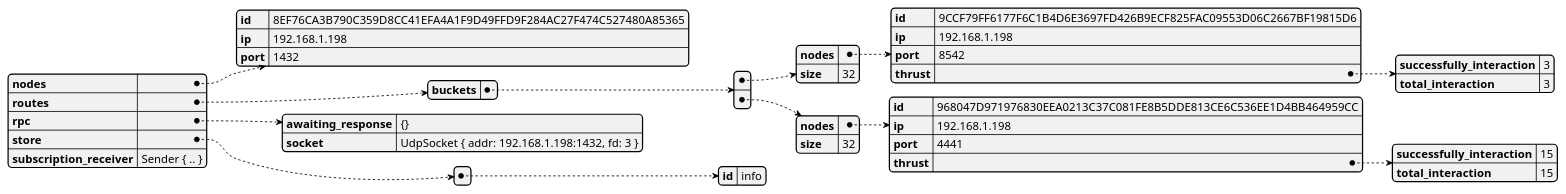
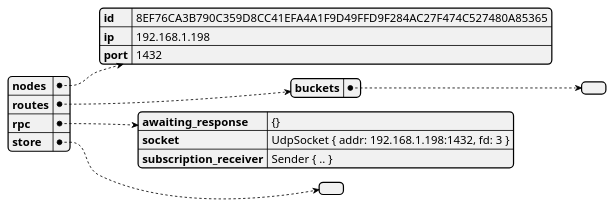
One commit to GoliathHagar/distributed_legder_kademlia changed the diagram in src/distributed_legder/state_dumps/self.json.plantuml. Above: the diagram before and after it, drawn with PlantUML. The commit also changed 9 other files, not shown here.

```diff
--- a/src/distributed_legder/state_dumps/self.json.plantuml
+++ b/src/distributed_legder/state_dumps/self.json.plantuml
@@ -1,3 +1,3 @@
 @startjson
-{"nodes":{"id":"8EF76CA3B790C359D8CC41EFA4A1F9D49FFD9F284AC27F474C527480A85365","ip":"192.168.1.198","port":1432},"routes":{"buckets":[{"nodes":{"id":"9CCF79FF6177F6C1B4D6E3697FD426B9ECF825FAC09553D06C2667BF19815D6","ip":"192.168.1.198","port":8542,"thrust":{"successfully_interaction":3,"total_interaction":3}},"size":32},{"nodes":{"id":"968047D971976830EEA0213C37C081FE8B5DDE813CE6C536EE1D4BB464959CC","ip":"192.168.1.198","port":4441,"thrust":{"successfully_interaction":15,"total_interaction":15}},"size":32}]},"rpc":{"awaiting_response":"{}","socket":"UdpSocket { addr: 192.168.1.198:1432, fd: 3 }"},"store":[{"id":"info"}],"subscription_receiver":"Sender { .. }"}
+{"nodes":{"id":"8EF76CA3B790C359D8CC41EFA4A1F9D49FFD9F284AC27F474C527480A85365","ip":"192.168.1.198","port":1432},"routes":{"buckets":[]},"rpc":{"awaiting_response":"{}","socket":"UdpSocket { addr: 192.168.1.198:1432, fd: 3 }","subscription_receiver":"Sender { .. }"},"store":[]}
 @endjson
```
